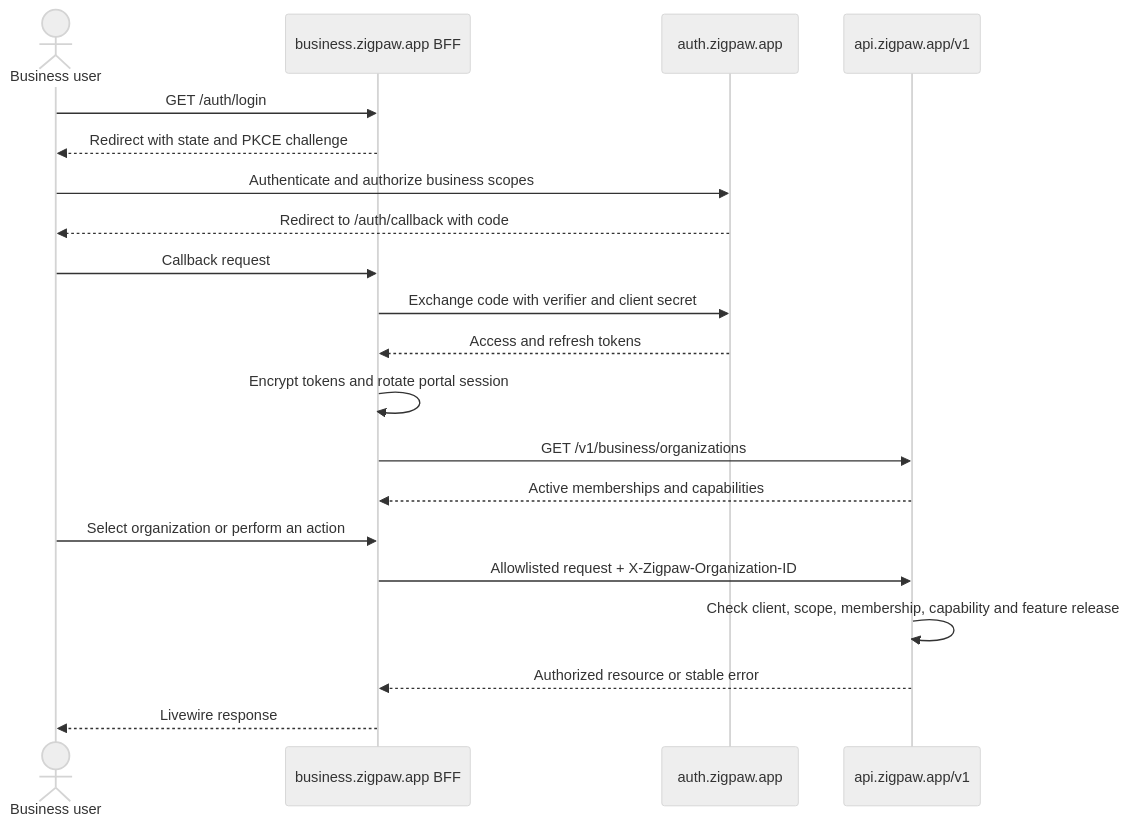
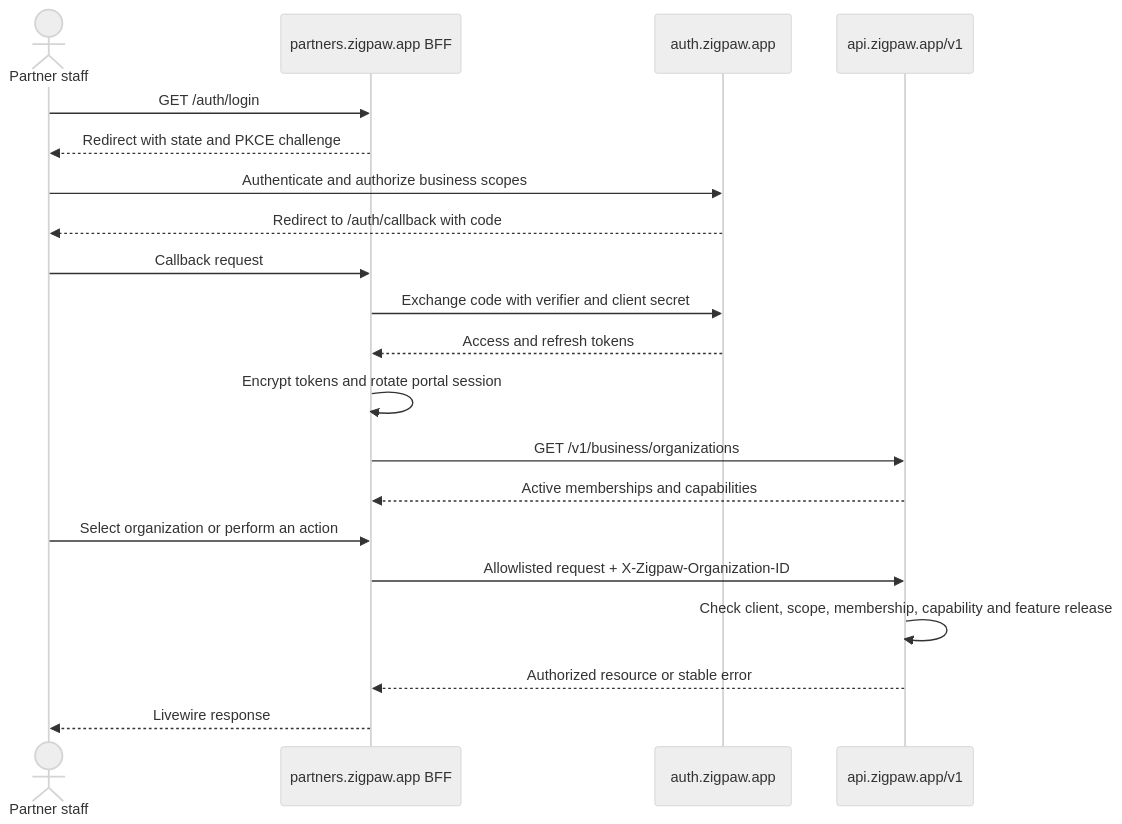
Before and after one commit to boreanis/zigpaw-business: the fourth of 4 diagrams in README.md, drawn with Mermaid (neutral theme). The commit also changed other lines of this file and 40 other files, not shown here.

Commit message:
Adopt Zigpaw Partners and fix workspace account switching

````diff
--- a/README.md
+++ b/README.md
@@ -232,23 +264,23 @@
 ```mermaid
 sequenceDiagram
-    actor User as Business user
-    participant BFF as business.zigpaw.app BFF
+    actor User as Partner staff
+    participant BFF as partners.zigpaw.app BFF
     participant Identity as auth.zigpaw.app
     participant API as api.zigpaw.app/v1
 
     User->>BFF: GET /auth/login
     BFF-->>User: Redirect with state and PKCE challenge
     User->>Identity: Authenticate and authorize business scopes
     Identity-->>User: Redirect to /auth/callback with code
     User->>BFF: Callback request
     BFF->>Identity: Exchange code with verifier and client secret
     Identity-->>BFF: Access and refresh tokens
     BFF->>BFF: Encrypt tokens and rotate portal session
     BFF->>API: GET /v1/business/organizations
     API-->>BFF: Active memberships and capabilities
     User->>BFF: Select organization or perform an action
     BFF->>API: Allowlisted request + X-Zigpaw-Organization-ID
     API->>API: Check client, scope, membership, capability and feature release
     API-->>BFF: Authorized resource or stable error
     BFF-->>User: Livewire response
 ```
````
